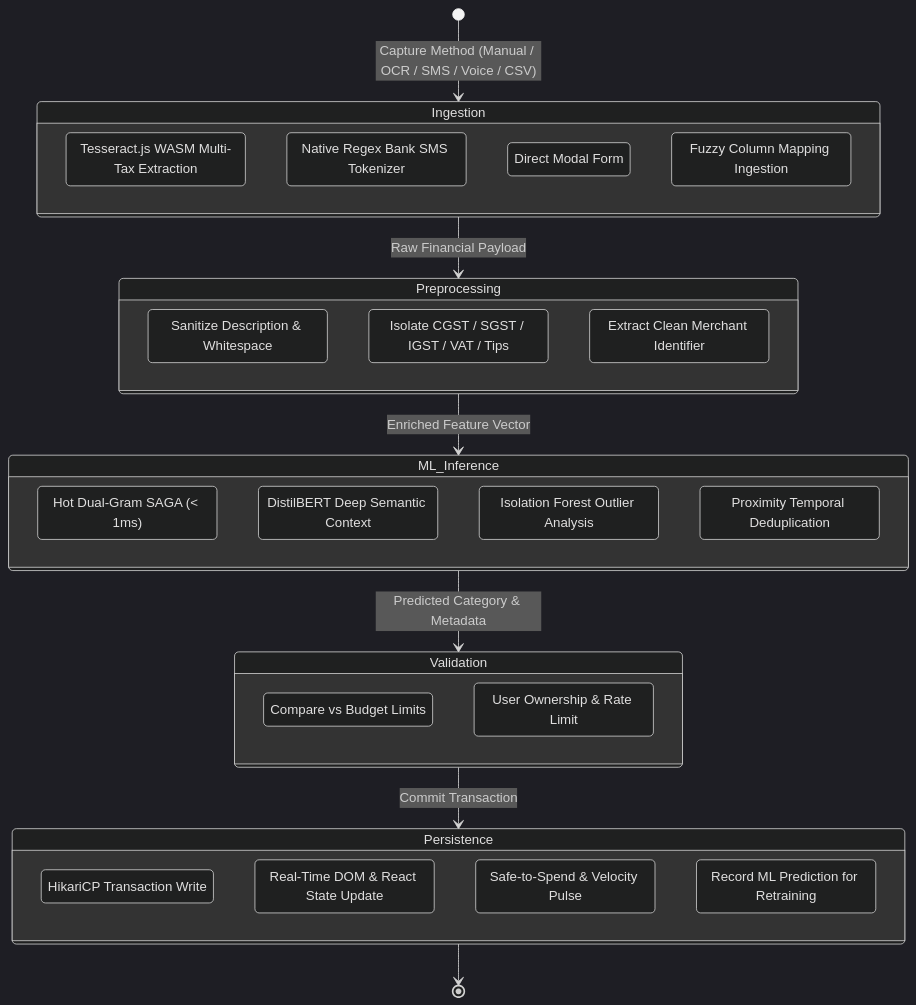
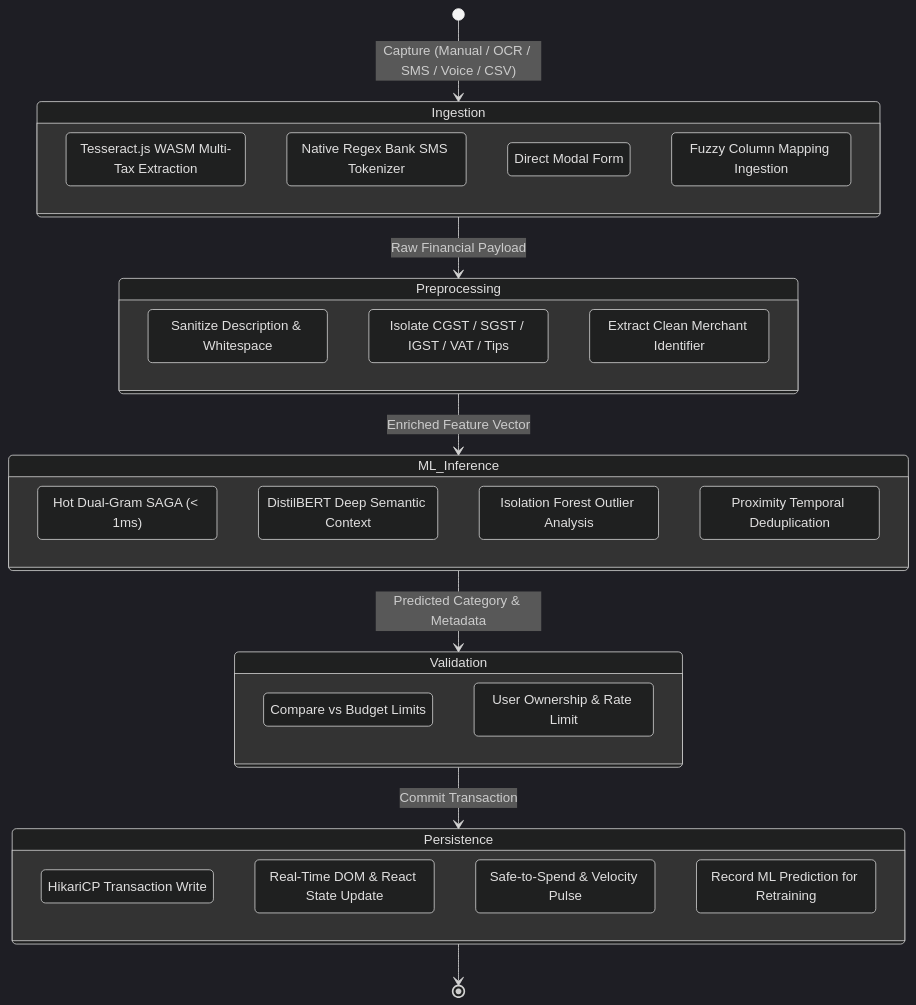
Before and after one commit to Yoge-2004/expense-tracker: the fourth of 6 diagrams in README.md, drawn with Mermaid (dark theme). The commit also changed other lines of this file, not shown here.

````diff
--- a/README.md
+++ b/README.md
@@ -385,46 +378,46 @@
 ```mermaid
 stateDiagram-v2
-    [*] --> Ingestion : Capture Method (Manual / OCR / SMS / Voice / CSV)
+    [*] --> Ingestion : Capture (Manual / OCR / SMS / Voice / CSV)
     
     state Ingestion {
         OCR_Scan : Tesseract.js WASM Multi-Tax Extraction
         SMS_Capture : Native Regex Bank SMS Tokenizer
         Manual_Input : Direct Modal Form
         CSV_Upload : Fuzzy Column Mapping Ingestion
     }
 
     Ingestion --> Preprocessing : Raw Financial Payload
     
     state Preprocessing {
         Clean : Sanitize Description & Whitespace
         TaxParse : Isolate CGST / SGST / IGST / VAT / Tips
         ExtractMerchant : Extract Clean Merchant Identifier
     }
 
     Preprocessing --> ML_Inference : Enriched Feature Vector
     
     state ML_Inference {
         TF_IDF : Hot Dual-Gram SAGA (< 1ms)
         Transformer_Fallback : DistilBERT Deep Semantic Context
         Anomaly_Scorer : Isolation Forest Outlier Analysis
         Duplicate_Check : Proximity Temporal Deduplication
     }
 
     ML_Inference --> Validation : Predicted Category & Metadata
     
     state Validation {
         Verify_Threshold : Compare vs Budget Limits
         Security_Check : User Ownership & Rate Limit
     }
 
     Validation --> Persistence : Commit Transaction
     
     state Persistence {
         Postgres_Commit : HikariCP Transaction Write
         Ledger_Update : Real-Time DOM & React State Update
         KPI_Recalculate : Safe-to-Spend & Velocity Pulse
         Audit_Log : Record ML Prediction for Retraining
     }
 
     Persistence --> [*]
 ```
````
